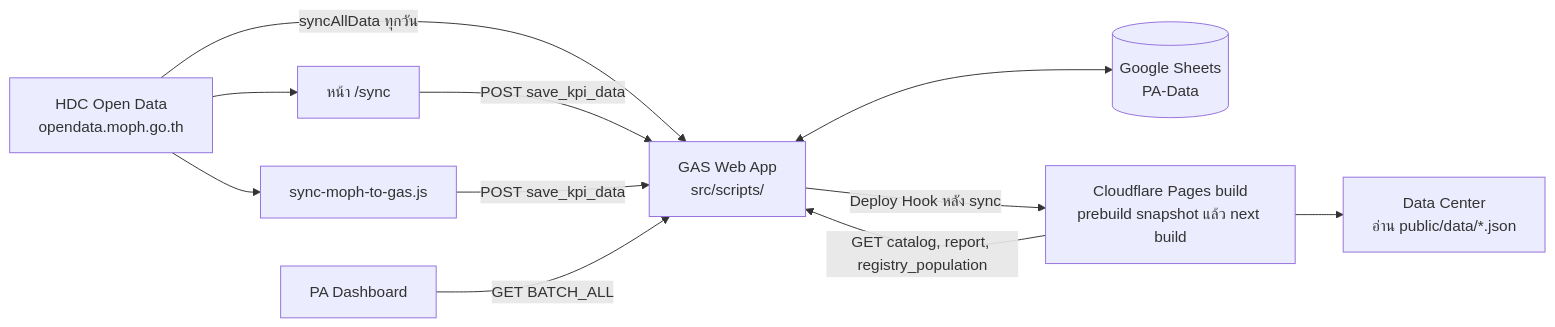
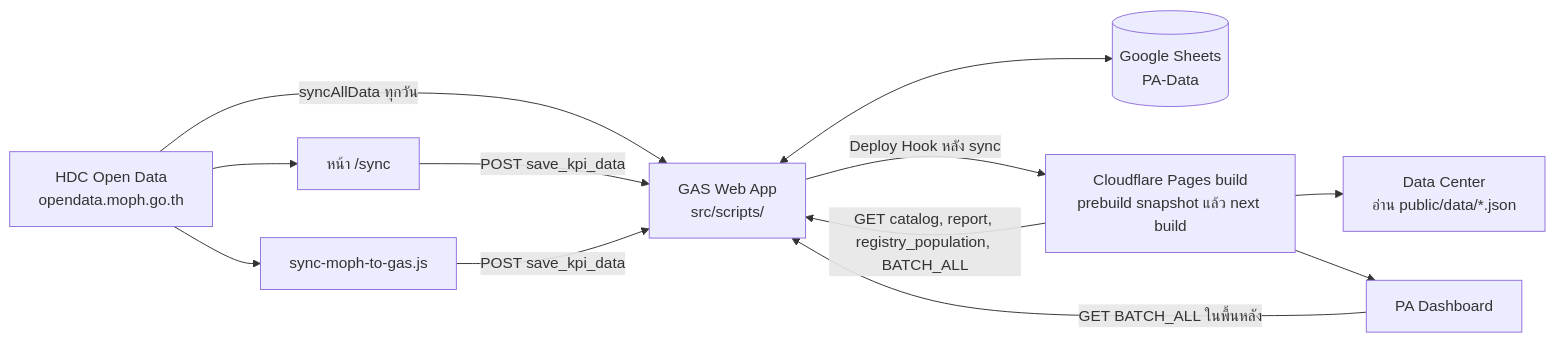
Before and after one commit to 9GotStory/pa-dashboard: the diagram in README.md, drawn with Mermaid. The commit also changed other lines of this file and 5 other files, not shown here.

First line of the commit message:
feat: F83 /pa renders at build then refreshes from GAS (#322)

````diff
--- a/README.md
+++ b/README.md
@@ -21,20 +21,20 @@
 ```mermaid
 flowchart LR
   MOPH["HDC Open Data<br/>opendata.moph.go.th"]
   PAGE["หน้า /sync"]
   NODE["sync-moph-to-gas.js"]
   GAS["GAS Web App<br/>src/scripts/"]
   SHEETS[("Google Sheets<br/>PA-Data")]
   PA["PA Dashboard"]
   BUILD["Cloudflare Pages build<br/>prebuild snapshot แล้ว next build"]
   DC["Data Center<br/>อ่าน public/data/*.json"]
 
   MOPH -->|"syncAllData ทุกวัน"| GAS
   MOPH --> PAGE & NODE
   PAGE & NODE -->|"POST save_kpi_data"| GAS
   GAS <--> SHEETS
-  PA -->|"GET BATCH_ALL"| GAS
+  PA -->|"GET BATCH_ALL ในพื้นหลัง"| GAS
   GAS -->|"Deploy Hook หลัง sync"| BUILD
-  BUILD -->|"GET catalog, report, registry_population"| GAS
-  BUILD --> DC
+  BUILD -->|"GET catalog, report, registry_population, BATCH_ALL"| GAS
+  BUILD --> DC & PA
 ```
````
